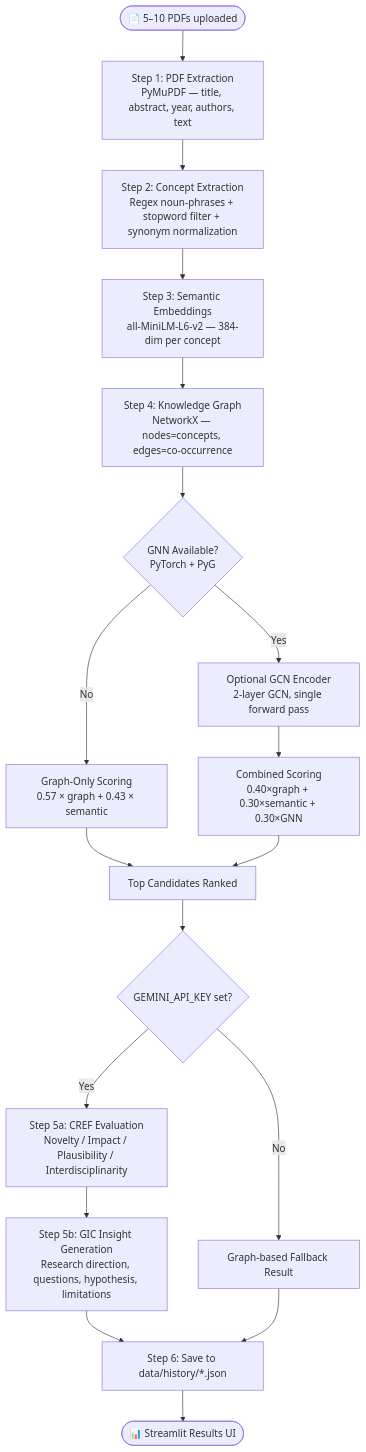
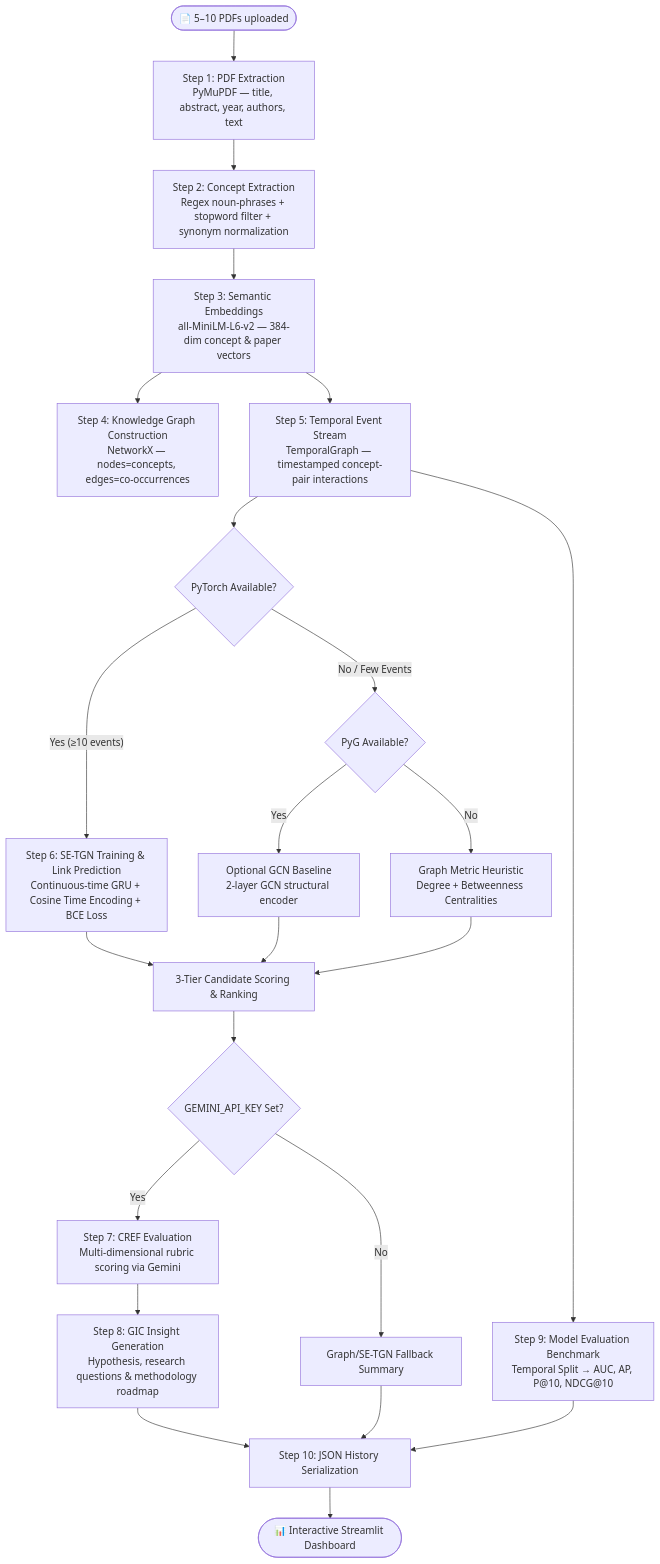
One commit to sanjayn29/PaperGraph-Knowledge-Based-Systems changed the diagram in research_discovery/README.md. Above: the diagram before and after it, drawn with Mermaid. The commit also changed other lines of this file and 16 other files, not shown here.

````diff
--- a/research_discovery/README.md
+++ b/research_discovery/README.md
@@ -40,20 +36,25 @@
 ```mermaid
 flowchart TD
     A([📄 5–10 PDFs uploaded]) --> B[Step 1: PDF Extraction\nPyMuPDF — title, abstract, year, authors, text]
     B --> C[Step 2: Concept Extraction\nRegex noun-phrases + stopword filter + synonym normalization]
-    C --> D[Step 3: Semantic Embeddings\nall-MiniLM-L6-v2 — 384-dim per concept]
-    D --> E[Step 4: Knowledge Graph\nNetworkX — nodes=concepts, edges=co-occurrence]
-    E --> F{GNN Available?\nPyTorch + PyG}
-    F -- Yes --> G[Optional GCN Encoder\n2-layer GCN, single forward pass]
-    F -- No --> H[Graph-Only Scoring\n0.57 × graph + 0.43 × semantic]
-    G --> I[Combined Scoring\n0.40×graph + 0.30×semantic + 0.30×GNN]
-    H --> J[Top Candidates Ranked]
-    I --> J
-    J --> K{GEMINI_API_KEY set?}
-    K -- Yes --> L[Step 5a: CREF Evaluation\nNovelty / Impact / Plausibility / Interdisciplinarity]
-    K -- No --> M[Graph-based Fallback Result]
-    L --> N[Step 5b: GIC Insight Generation\nResearch direction, questions, hypothesis, limitations]
-    N --> O[Step 6: Save to data/history/*.json]
-    M --> O
-    O --> P([📊 Streamlit Results UI])
+    C --> D[Step 3: Semantic Embeddings\nall-MiniLM-L6-v2 — 384-dim concept & paper vectors]
+    D --> E[Step 4: Knowledge Graph Construction\nNetworkX — nodes=concepts, edges=co-occurrences]
+    D --> F[Step 5: Temporal Event Stream\nTemporalGraph — timestamped concept-pair interactions]
+    F --> G{PyTorch Available?}
+    G -- Yes (≥10 events) --> H[Step 6: SE-TGN Training & Link Prediction\nContinuous-time GRU + Cosine Time Encoding + BCE Loss]
+    G -- No / Few Events --> I{PyG Available?}
+    I -- Yes --> J[Optional GCN Baseline\n2-layer GCN structural encoder]
+    I -- No --> K[Graph Metric Heuristic\nDegree + Betweenness Centralities]
+    H --> L[3-Tier Candidate Scoring & Ranking]
+    J --> L
+    K --> L
+    L --> M{GEMINI_API_KEY Set?}
+    M -- Yes --> N[Step 7: CREF Evaluation\nMulti-dimensional rubric scoring via Gemini]
+    N --> O[Step 8: GIC Insight Generation\nHypothesis, research questions & methodology roadmap]
+    M -- No --> P[Graph/SE-TGN Fallback Summary]
+    F --> Q[Step 9: Model Evaluation Benchmark\nTemporal Split → AUC, AP, P@10, NDCG@10]
+    O --> R[Step 10: JSON History Serialization]
+    P --> R
+    Q --> R
+    R --> S([📊 Interactive Streamlit Dashboard])
 ```
````
